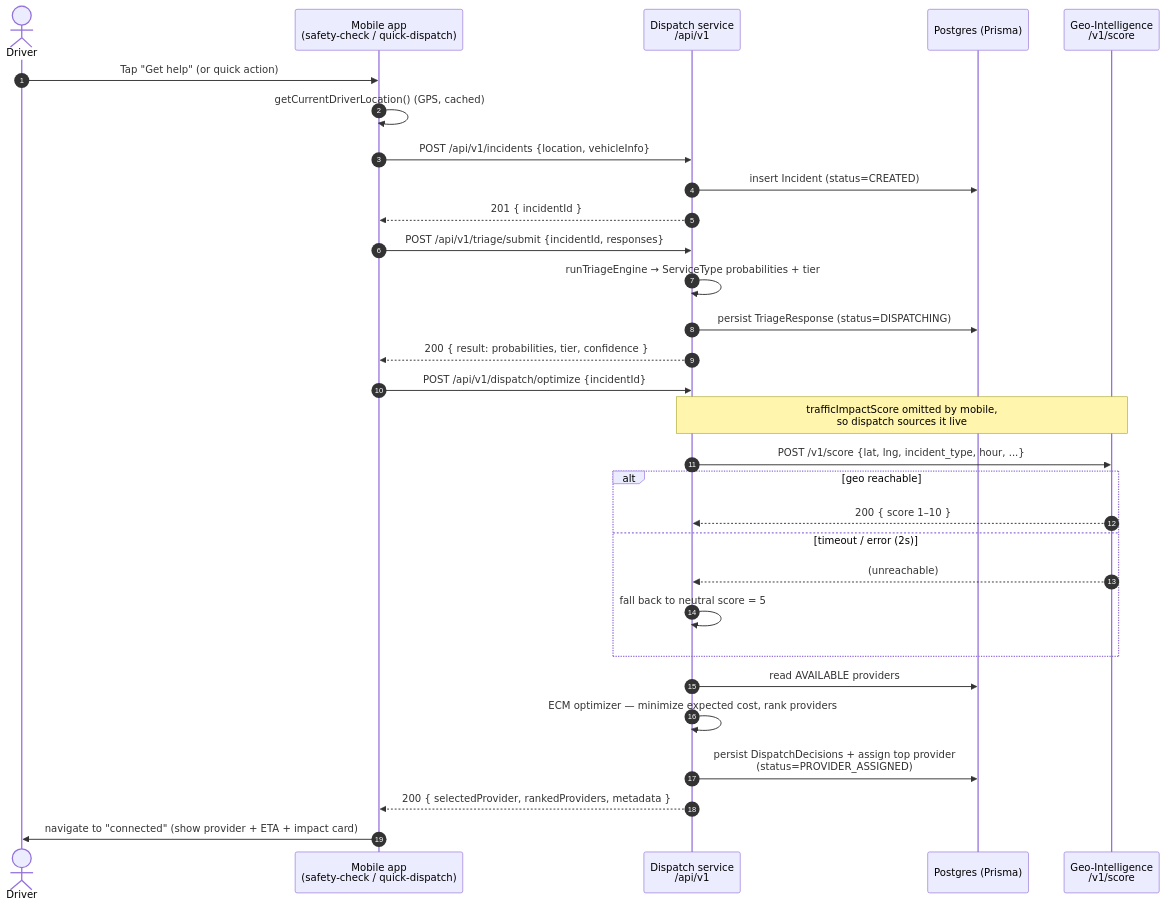
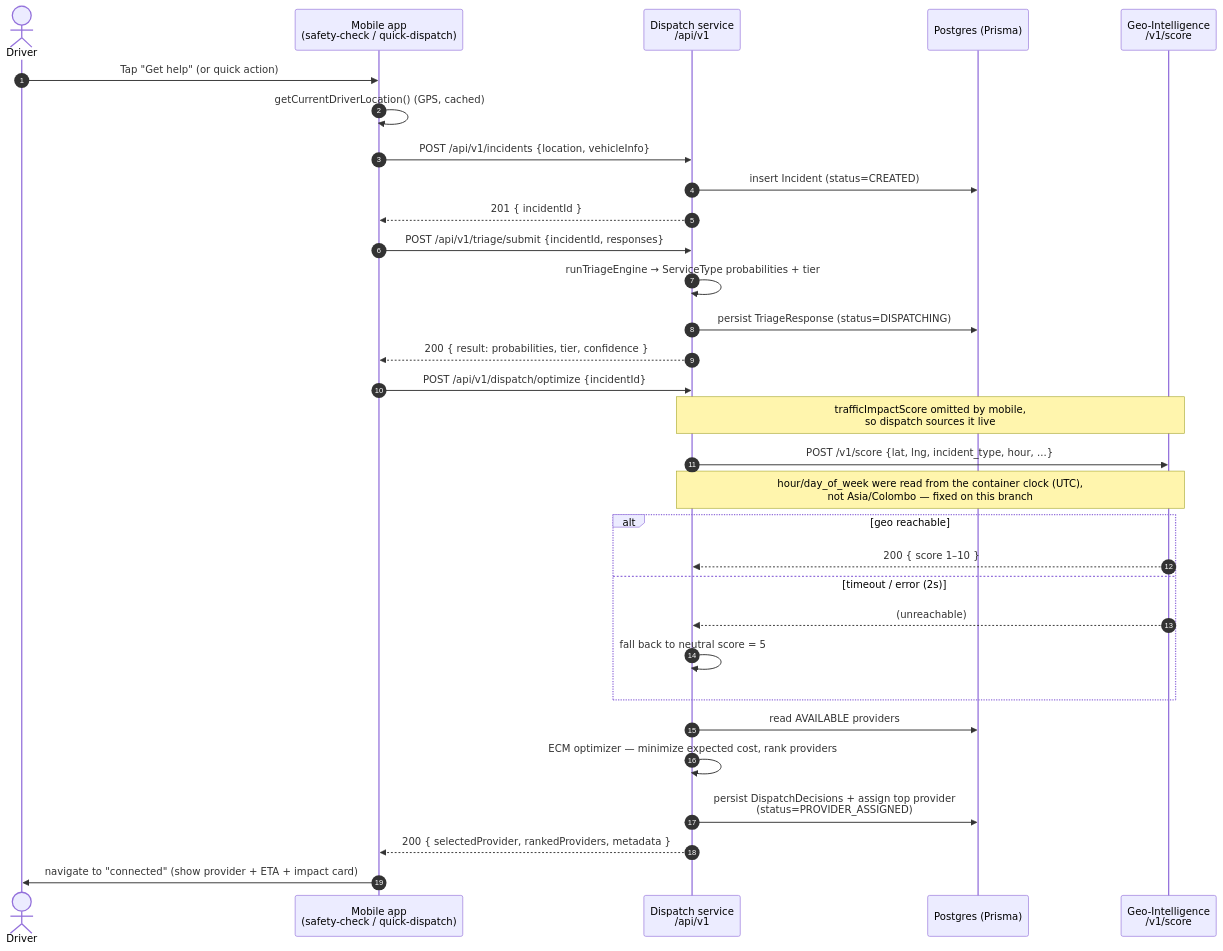
One commit to JanukshanS/R26-SE-026 changed the second of 4 diagrams in docs/flows.md. Above: the diagram before and after it, drawn with Mermaid. The commit also changed other lines of this file and 72 other files, not shown here.

````diff
--- a/docs/flows.md
+++ b/docs/flows.md
@@ -133,37 +136,38 @@
 ```mermaid
 sequenceDiagram
   autonumber
   actor D as Driver
   participant M as Mobile app<br/>(safety-check / quick-dispatch)
   participant API as Dispatch service<br/>/api/v1
   participant DB as Postgres (Prisma)
   participant GEO as Geo-Intelligence<br/>/v1/score
 
   D->>M: Tap "Get help" (or quick action)
   M->>M: getCurrentDriverLocation() (GPS, cached)
 
   M->>API: POST /api/v1/incidents {location, vehicleInfo}
   API->>DB: insert Incident (status=CREATED)
   API-->>M: 201 { incidentId }
 
   M->>API: POST /api/v1/triage/submit {incidentId, responses}
   API->>API: runTriageEngine → ServiceType probabilities + tier
   API->>DB: persist TriageResponse (status=DISPATCHING)
   API-->>M: 200 { result: probabilities, tier, confidence }
 
   M->>API: POST /api/v1/dispatch/optimize {incidentId}
   Note over API,GEO: trafficImpactScore omitted by mobile,<br/>so dispatch sources it live
   API->>GEO: POST /v1/score {lat, lng, incident_type, hour, ...}
+  Note over API,GEO: hour/day_of_week were read from the container clock (UTC),<br/>not Asia/Colombo — fixed on this branch
   alt geo reachable
     GEO-->>API: 200 { score 1–10 }
   else timeout / error (2s)
     GEO-->>API: (unreachable)
     API->>API: fall back to neutral score = 5
   end
   API->>DB: read AVAILABLE providers
   API->>API: ECM optimizer — minimize expected cost, rank providers
   API->>DB: persist DispatchDecisions + assign top provider<br/>(status=PROVIDER_ASSIGNED)
   API-->>M: 200 { selectedProvider, rankedProviders, metadata }
 
   M->>D: navigate to "connected" (show provider + ETA + impact card)
 ```
````
